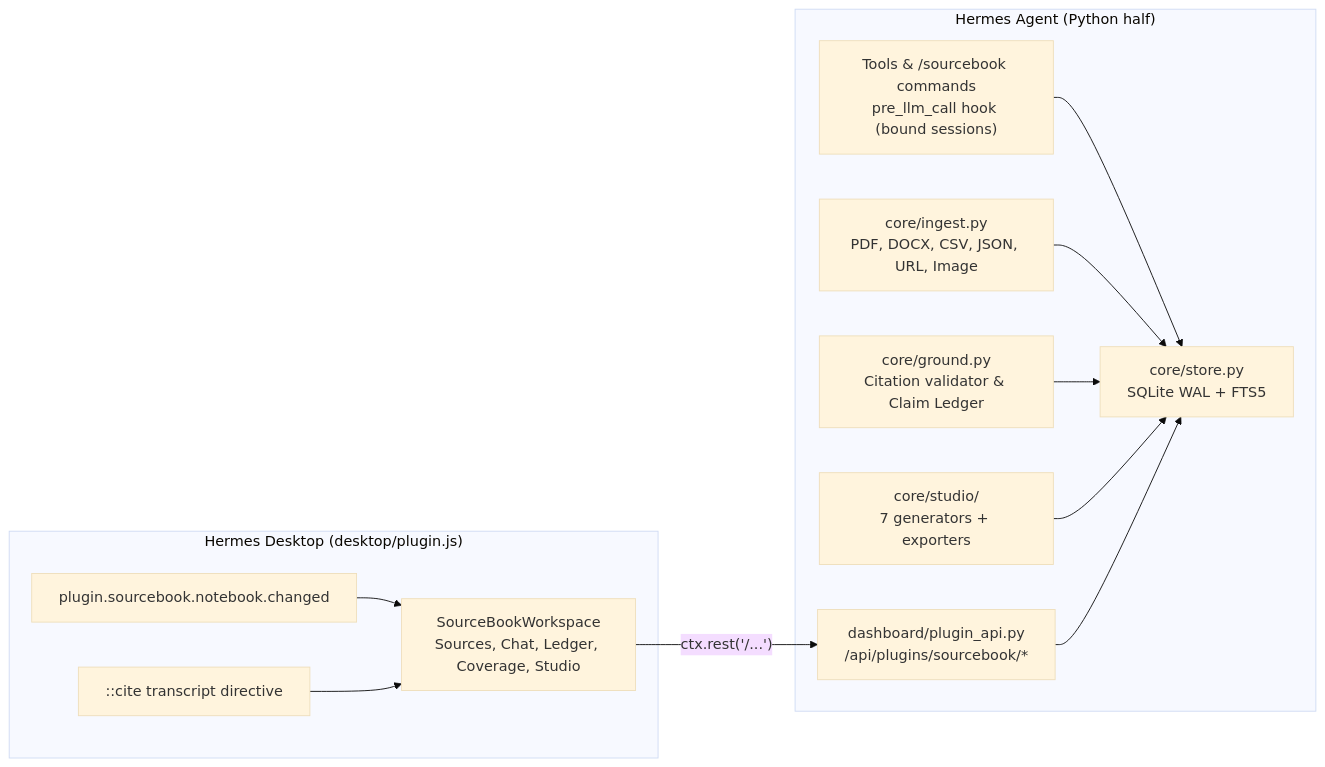
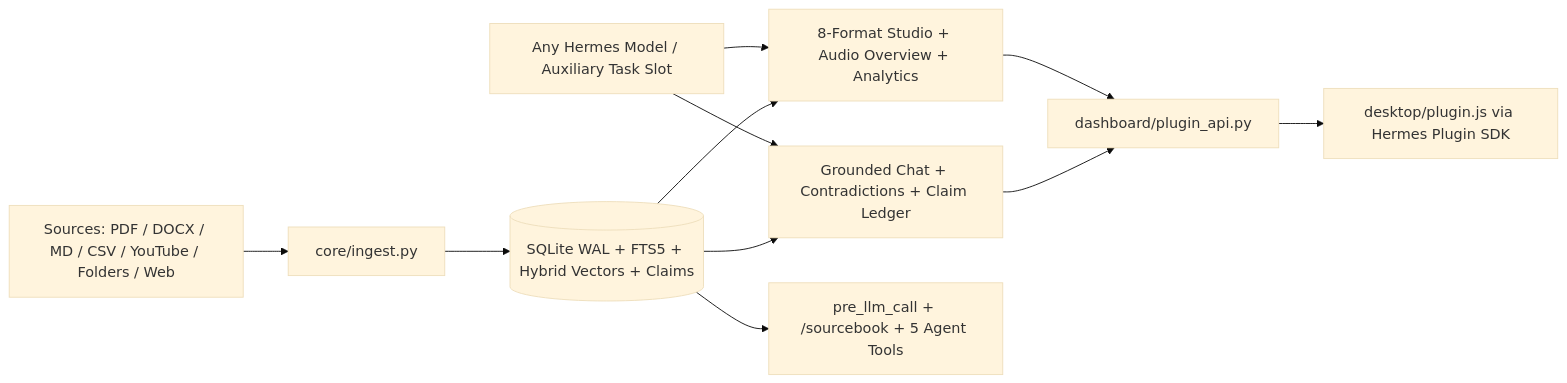
Before and after one commit to abundantbeing/sourcebook: the diagram in README.md, drawn with Mermaid (base theme). The commit also changed other lines of this file, not shown here.

Commit message:
docs: update README for all v0.1 fixes, universal model routing, hybrid search, and 8-format Studio

````diff
--- a/README.md
+++ b/README.md
@@ -127,15 +128,13 @@
 ```mermaid
 flowchart LR
-  subgraph Agent["Hermes Agent (Python half)"]
-    T["Tools & /sourcebook commands<br/>pre_llm_call hook (bound sessions)"] --> C["core/store.py<br/>SQLite WAL + FTS5"]
-    I["core/ingest.py<br/>PDF, DOCX, CSV, JSON, URL, Image"] --> C
-    G["core/ground.py<br/>Citation validator & Claim Ledger"] --> C
-    S["core/studio/<br/>7 generators + exporters"] --> C
-    API["dashboard/plugin_api.py<br/>/api/plugins/sourcebook/*"] --> C
-  end
-  subgraph Desktop["Hermes Desktop (desktop/plugin.js)"]
-    UI["SourceBookWorkspace<br/>Sources, Chat, Ledger, Coverage, Studio"] -- "ctx.rest('/...')" --> API
-    EV["plugin.sourcebook.notebook.changed"] --> UI
-    DIR["::cite transcript directive"] --> UI
-  end
+  U[Sources: PDF / DOCX / MD / CSV / YouTube / Folders / Web] --> I[core/ingest.py]
+  I --> S[(SQLite WAL + FTS5 + Hybrid Vectors + Claims)]
+  S --> Q[Grounded Chat + Contradictions + Claim Ledger]
+  S --> ST[8-Format Studio + Audio Overview + Analytics]
+  M[Any Hermes Model / Auxiliary Task Slot] --> Q
+  M --> ST
+  Q --> API[dashboard/plugin_api.py]
+  ST --> API
+  API --> UI[desktop/plugin.js via Hermes Plugin SDK]
+  S --> HOOK[pre_llm_call + /sourcebook + 5 Agent Tools]
 ```
````
